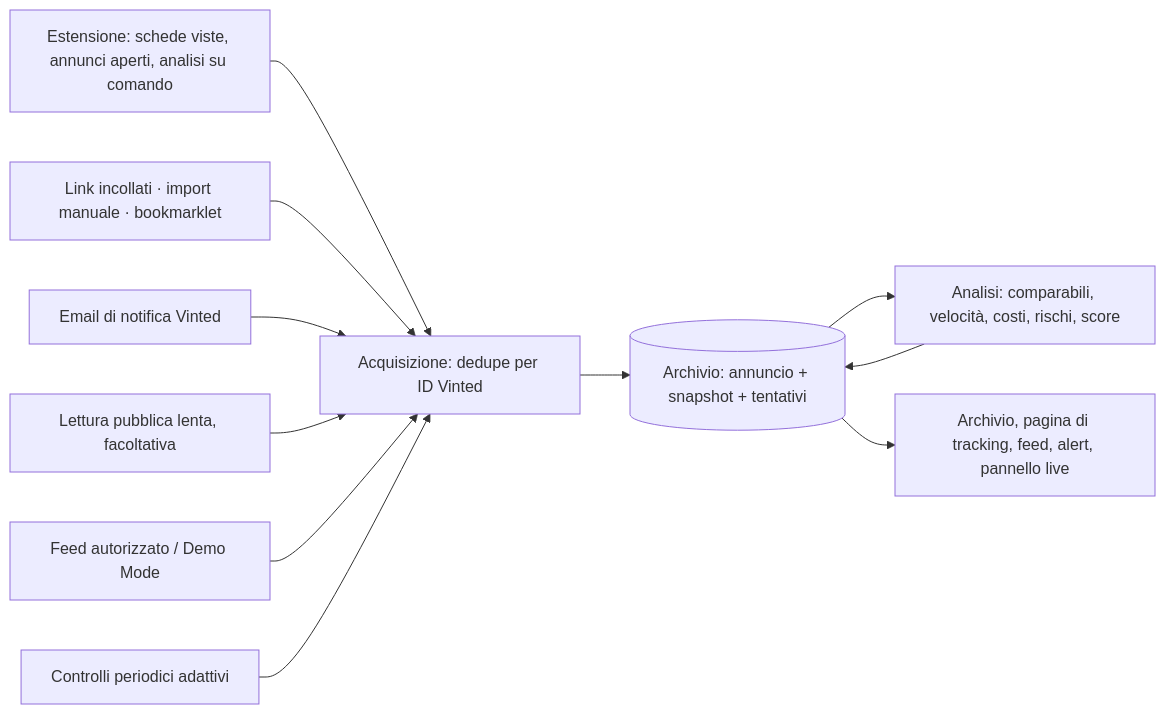
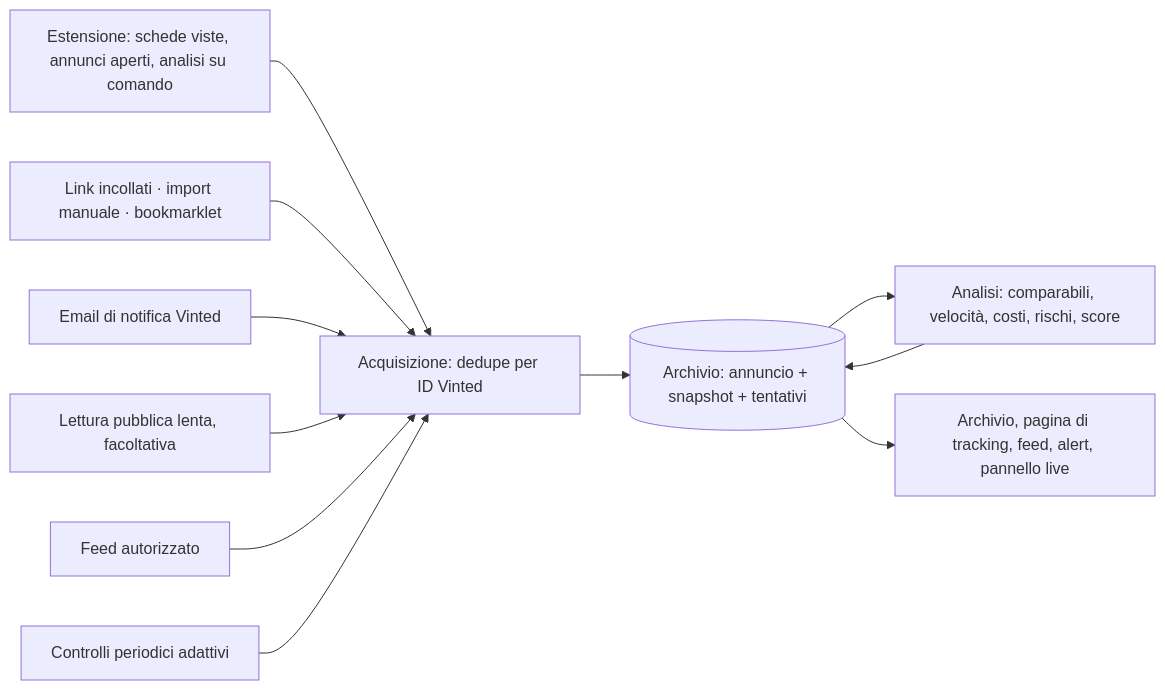
Before and after one commit to Frankekko0/Frankekko0: the first of 2 diagrams in README.md, drawn with Mermaid. The commit also changed other lines of this file and 58 other files, not shown here.

First line of the commit message:
Remove demo mode and add a production setup

````diff
--- a/README.md
+++ b/README.md
@@ -133,13 +134,13 @@
 ```mermaid
 flowchart LR
   EXT[Estensione: schede viste, annunci aperti, analisi su comando] --> ACQ
   LNK[Link incollati · import manuale · bookmarklet] --> ACQ
   EML[Email di notifica Vinted] --> ACQ
   PUB[Lettura pubblica lenta, facoltativa] --> ACQ
-  FEED[Feed autorizzato / Demo Mode] --> ACQ
+  FEED[Feed autorizzato] --> ACQ
   ACQ[Acquisizione: dedupe per ID Vinted] --> DB[(Archivio: annuncio + snapshot + tentativi)]
   DB --> AN[Analisi: comparabili, velocità, costi, rischi, score]
   AN --> DB
   DB --> UI[Archivio, pagina di tracking, feed, alert, pannello live]
   SCH[Controlli periodici adattivi] --> ACQ
 ```
````
